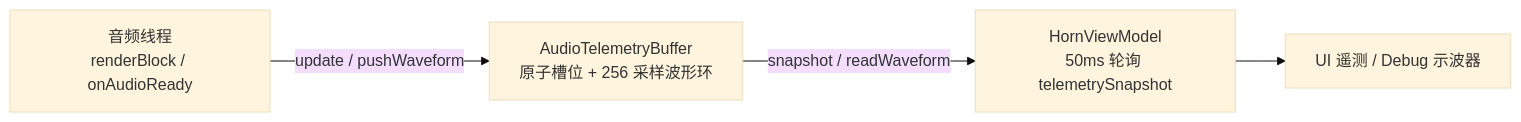
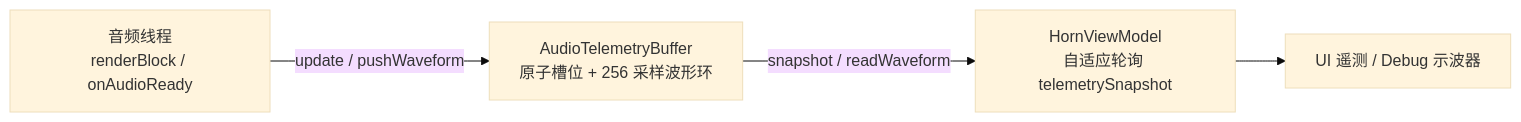
Before and after one commit to 424635328/Horn: the third of 3 diagrams in docs/spec/02-audio-dsp-engine.md, drawn with Mermaid (base theme). The commit also changed other lines of this file and 76 other files, not shown here.

````diff
--- a/docs/spec/02-audio-dsp-engine.md
+++ b/docs/spec/02-audio-dsp-engine.md
@@ -259,11 +259,11 @@
 ```mermaid
 flowchart LR
     RT["音频线程<br/>renderBlock / onAudioReady"]
     BUF["AudioTelemetryBuffer<br/>原子槽位 + 256 采样波形环"]
-    VM["HornViewModel<br/>50ms 轮询 telemetrySnapshot"]
+    VM["HornViewModel<br/>自适应轮询 telemetrySnapshot"]
     UI["UI 遥测 / Debug 示波器"]
 
     RT -->|"update / pushWaveform"| BUF
     BUF -->|"snapshot / readWaveform"| VM
     VM --> UI
 ```
````
